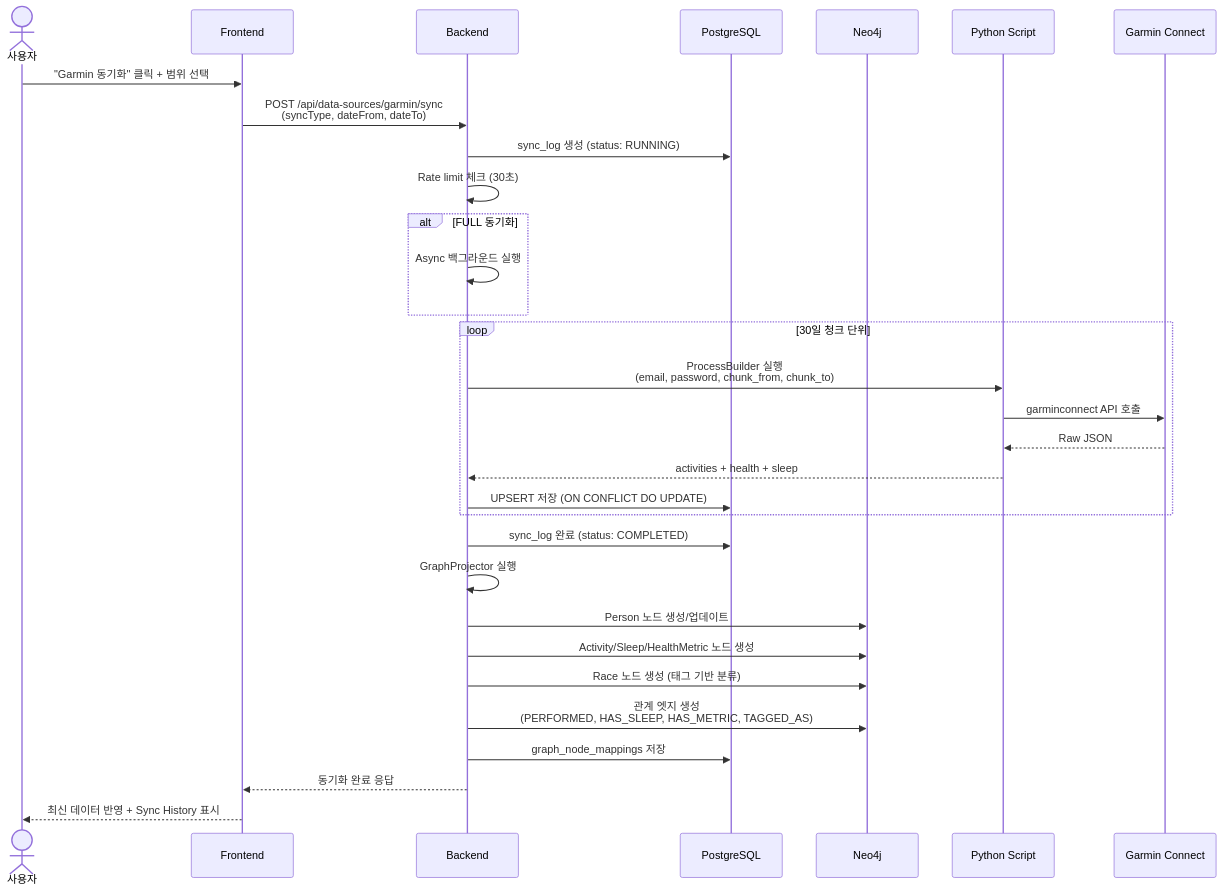
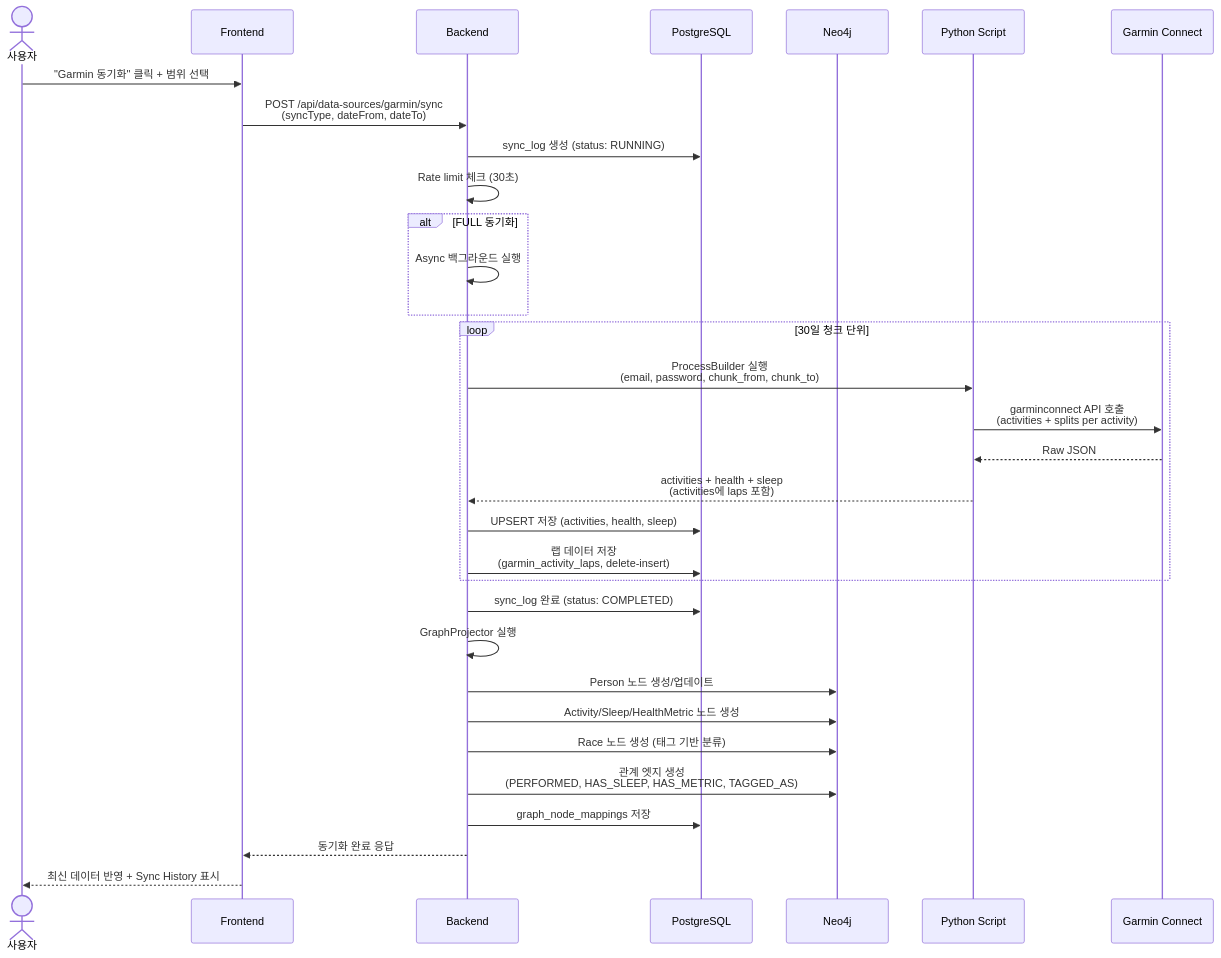
The third of 4 diagrams in docs/architecture.md (Hsooooo/personal-insight-os), drawn with Mermaid before and after one commit. The commit also changed 5 other files, not shown here.

First line of the commit message:
feat(garmin-sync): Garmin 랩(lap) 데이터 동기화 저장 구현

````diff
--- a/docs/architecture.md
+++ b/docs/architecture.md
@@ -137,39 +137,40 @@
 ```mermaid
 sequenceDiagram
     actor U as 사용자
     participant FE as Frontend
     participant BE as Backend
     participant PG as PostgreSQL
     participant NEO as Neo4j
     participant PY as Python Script
     participant GC as Garmin Connect
 
     U->>FE: "Garmin 동기화" 클릭 + 범위 선택
     FE->>BE: POST /api/data-sources/garmin/sync<br/>(syncType, dateFrom, dateTo)
 
     BE->>PG: sync_log 생성 (status: RUNNING)
     BE->>BE: Rate limit 체크 (30초)
 
     alt FULL 동기화
         BE->>BE: Async 백그라운드 실행
     end
 
     loop 30일 청크 단위
         BE->>PY: ProcessBuilder 실행<br/>(email, password, chunk_from, chunk_to)
-        PY->>GC: garminconnect API 호출
+        PY->>GC: garminconnect API 호출<br/>(activities + splits per activity)
         GC-->>PY: Raw JSON
-        PY-->>BE: activities + health + sleep
-        BE->>PG: UPSERT 저장 (ON CONFLICT DO UPDATE)
+        PY-->>BE: activities + health + sleep<br/>(activities에 laps 포함)
+        BE->>PG: UPSERT 저장 (activities, health, sleep)
+        BE->>PG: 랩 데이터 저장<br/>(garmin_activity_laps, delete-insert)
     end
 
     BE->>PG: sync_log 완료 (status: COMPLETED)
     BE->>BE: GraphProjector 실행
     BE->>NEO: Person 노드 생성/업데이트
     BE->>NEO: Activity/Sleep/HealthMetric 노드 생성
     BE->>NEO: Race 노드 생성 (태그 기반 분류)
     BE->>NEO: 관계 엣지 생성<br/>(PERFORMED, HAS_SLEEP, HAS_METRIC, TAGGED_AS)
     BE->>PG: graph_node_mappings 저장
 
     BE-->>FE: 동기화 완료 응답
     FE-->>U: 최신 데이터 반영 + Sync History 표시
 ```
````
